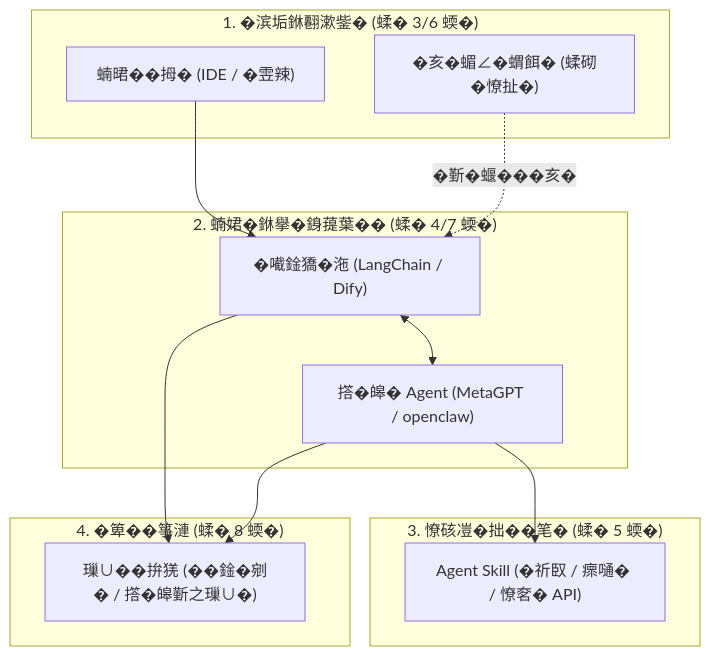
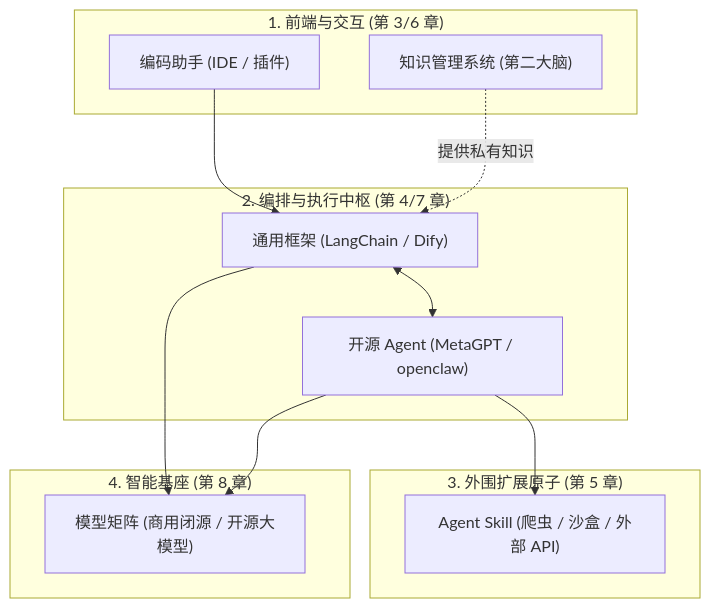
The seventh of 13 diagrams in doc/AI_Knowledge_Roadmap.md (wangchong2023/lang-chain-graph), drawn with Mermaid before and after one commit. The commit also changed other lines of this file, not shown here.

Commit message:
docs: update AI knowledge roadmap with new learning resources and milestones

````diff
--- a/doc/AI_Knowledge_Roadmap.md
+++ b/doc/AI_Knowledge_Roadmap.md
@@ -596,27 +409,27 @@
 ```mermaid
 graph TD
-    subgraph "1. �滨垢銝𦒘漱鈭� (蝚� 3/6 蝡�)"
-        IDE["蝻𣇉��拇� (IDE / �雴辣)"]
-        PKM["�亥�蝞∠�蝟餌� (蝚砌�憭扯�)"]
+    subgraph "1. 前端与交互 (第 3/6 章)"
+        IDE["编码助手 (IDE / 插件)"]
+        PKM["知识管理系统 (第二大脑)"]
     end
     
-    subgraph "2. 蝻𡝗�銝擧�銵䔶葉�� (蝚� 4/7 蝡�)"
-        Frameworks["�𡁶鍂獢�沲 (LangChain / Dify)"]
-        Autonomous["撘�皞� Agent (MetaGPT / openclaw)"]
+    subgraph "2. 编排与执行中枢 (第 4/7 章)"
+        Frameworks["通用框架 (LangChain / Dify)"]
+        Autonomous["开源 Agent (MetaGPT / openclaw)"]
     end
     
-    subgraph "3. 憭硋凒�拙��笔� (蝚� 5 蝡�)"
-        Skills["Agent Skill (�祈臤 / 瘝嗵� / 憭㚚� API)"]
+    subgraph "3. 外围扩展原子 (第 5 章)"
+        Skills["Agent Skill (爬虫 / 沙盒 / 外部 API)"]
     end
 
-    subgraph "4. �箄��箏漣 (蝚� 8 蝡�)"
-        Models["璅∪��拚猐 (��鍂�剜� / 撘�皞𣂼之璅∪�)"]
+    subgraph "4. 智能基座 (第 8 章)"
+        Models["模型矩阵 (商用闭源 / 开源大模型)"]
     end
 
     IDE --> Frameworks
-    PKM -. "�𣂷�蝘���亥�" .-> Frameworks
+    PKM -. "提供私有知识" .-> Frameworks
     Frameworks <--> Autonomous
     Autonomous --> Skills
     Frameworks --> Models
     Autonomous --> Models
 ```
````
